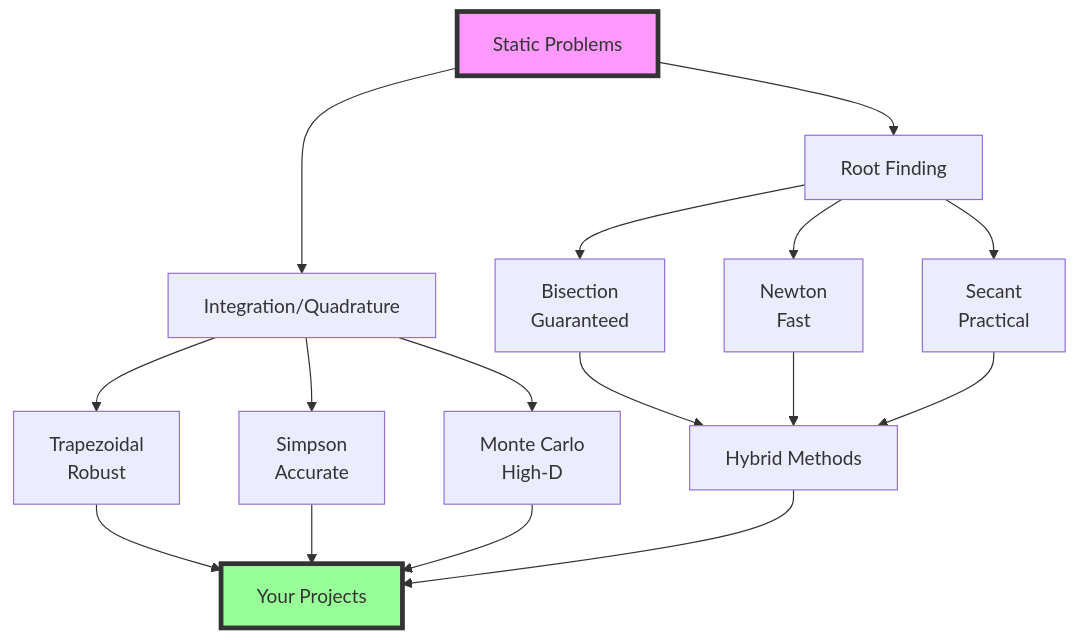
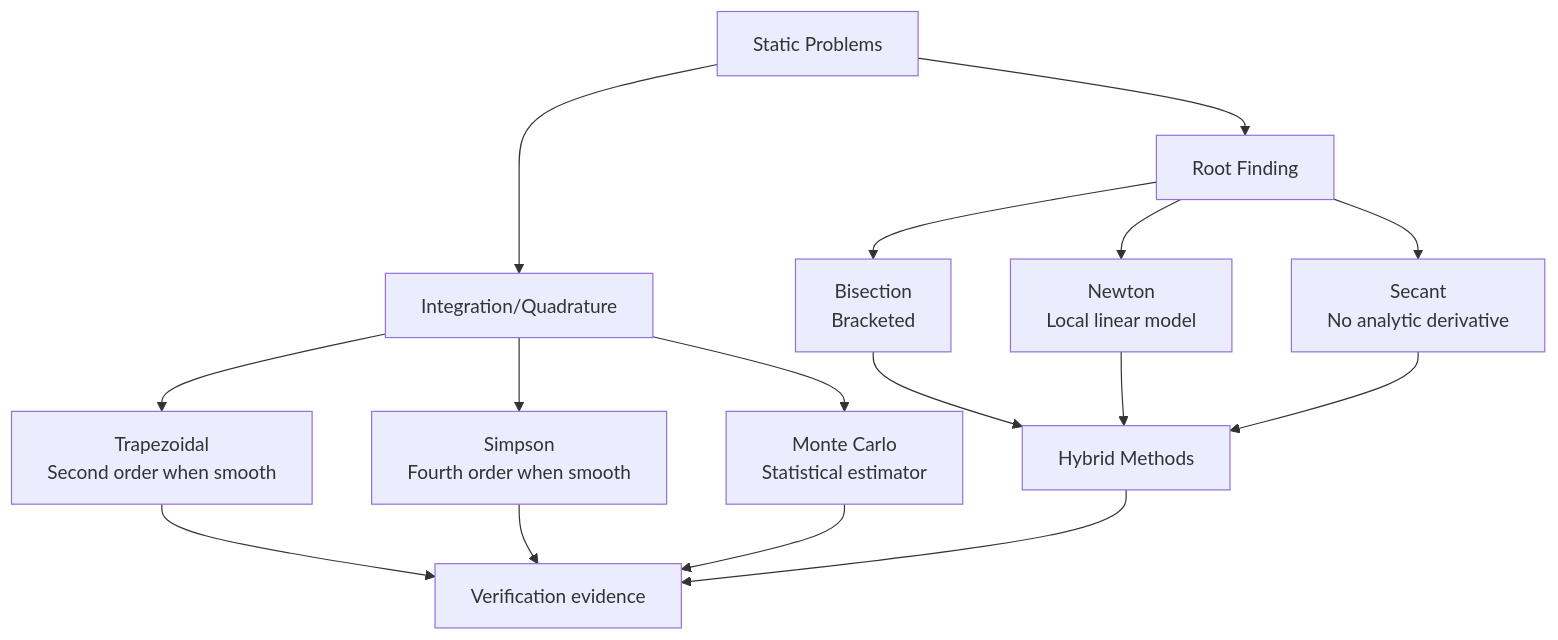
One commit to astrobytes-edu/comp521 changed the diagram in 05-numerical-methods/02-roots-quadrature/03-mod2-synthesis.md. Above: the diagram before and after it, drawn with Mermaid. The commit also changed other lines of this file and 62 other files, not shown here.

````diff
--- a/05-numerical-methods/02-roots-quadrature/03-mod2-synthesis.md
+++ b/05-numerical-methods/02-roots-quadrature/03-mod2-synthesis.md
@@ -21,20 +21,18 @@
 ```mermaid
 graph TD
     A[Static Problems] --> B[Root Finding]
     A --> C[Integration/Quadrature]
-    B --> D[Bisection<br/>Guaranteed]
-    B --> E[Newton<br/>Fast]
-    B --> F[Secant<br/>Practical]
-    C --> G[Trapezoidal<br/>Robust]
-    C --> H[Simpson<br/>Accurate]
-    C --> I[Monte Carlo<br/>High-D]
+    B --> D[Bisection<br/>Bracketed]
+    B --> E[Newton<br/>Local linear model]
+    B --> F[Secant<br/>No analytic derivative]
+    C --> G[Trapezoidal<br/>Second order when smooth]
+    C --> H[Simpson<br/>Fourth order when smooth]
+    C --> I[Monte Carlo<br/>Statistical estimator]
     D --> J[Hybrid Methods]
     E --> J
     F --> J
-    G --> K[Your Projects]
+    G --> K[Verification evidence]
     H --> K
     I --> K
     J --> K
-    style A fill:#f9f,stroke:#333,stroke-width:4px
-    style K fill:#9f9,stroke:#333,stroke-width:4px
 ```
````
